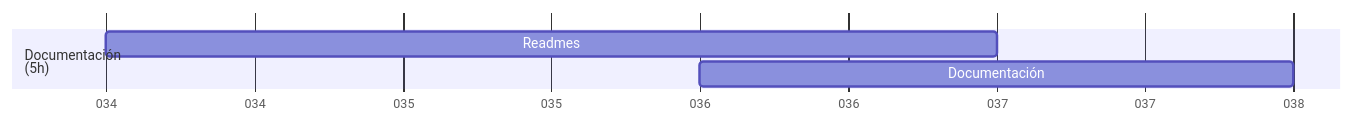
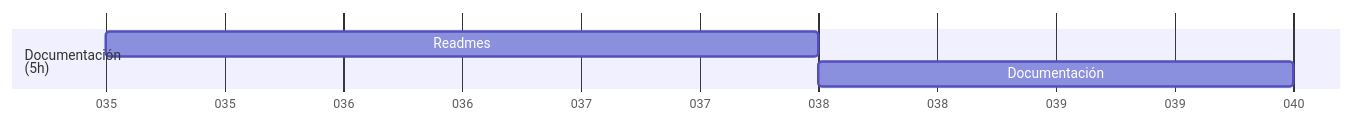
The fifth of 5 diagrams in .info/roadmap.md (Covija97/BadenTracker), drawn with Mermaid before and after one commit. The commit also changed other lines of this file, not shown here.

Commit message:
Update roadmap.md to adjust task durations and improve scheduling accuracy

````diff
--- a/.info/roadmap.md
+++ b/.info/roadmap.md
@@ -76,8 +76,8 @@
 ```mermaid
 gantt
     dateFormat  DDD
     axisFormat %j
     section Documentación<br>(5h)
-    Readmes                     : 02-03, 3d
-    Documentación               : 02-05, 2d
+    Readmes                     : 02-04, 3d
+    Documentación               : 02-07, 2d
 ```
````
